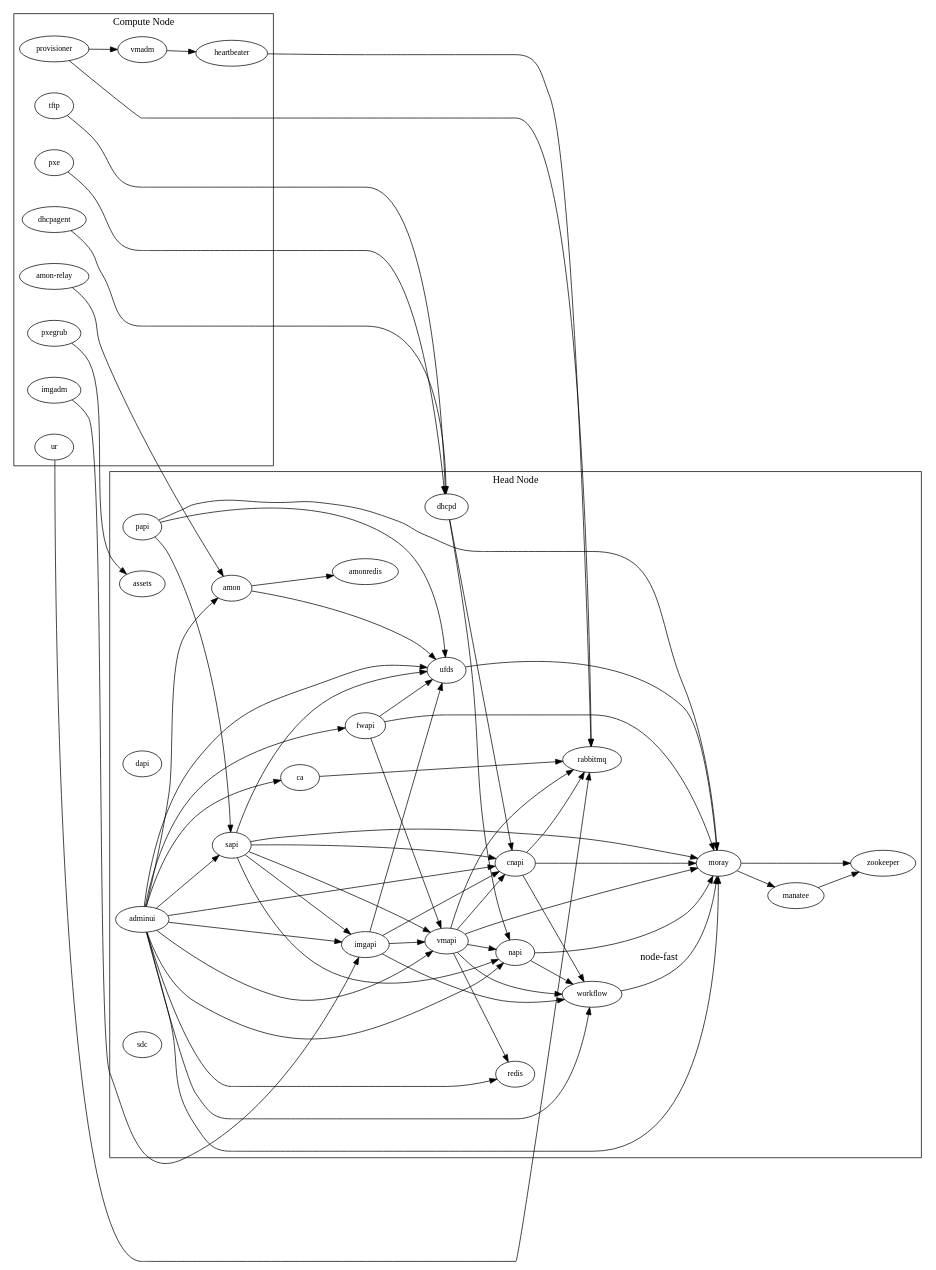
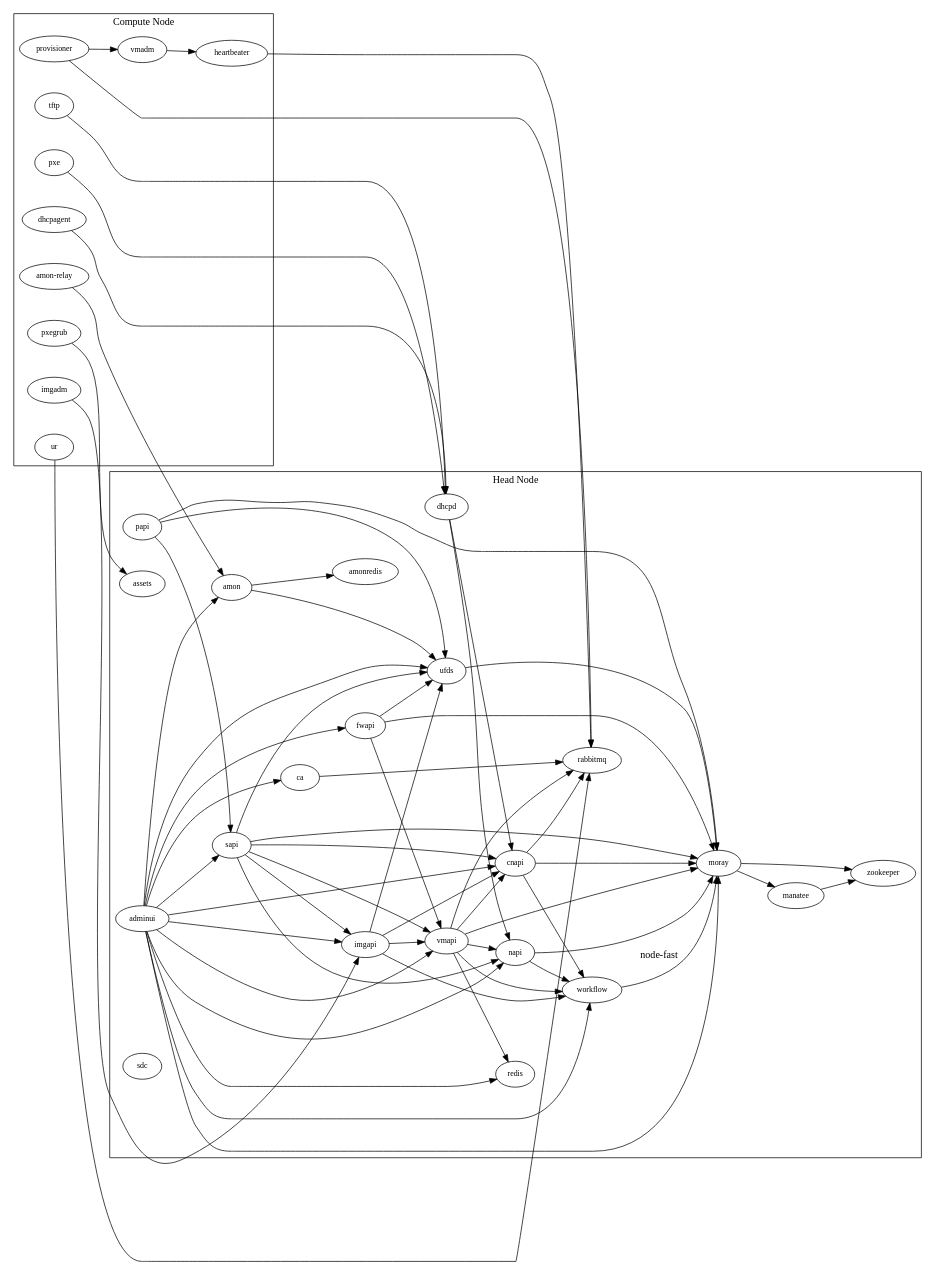
The diagram in docs/sdc7.gv (TritonDataCenter/sdc-sdc), drawn with Graphviz before and after one commit. The commit also changed 8 other files, not shown here.

```diff
--- a/docs/sdc7.gv
+++ b/docs/sdc7.gv
@@ -1,84 +1,83 @@
 digraph {
     rankdir="LR";
     compound=true;
     splines=true;
     sep="+25,25";
     overlap=scalexy;
     nodesep=0.6;
     node [fontsize=11];
     subgraph cluster_0 {
         rank="same";
         label="Head Node";
         adminui -> amon;
         adminui -> ca;
         adminui -> cnapi;
         adminui -> fwapi;
         adminui -> imgapi;
         adminui -> moray;
         adminui -> napi;
         adminui -> redis;
         adminui -> sapi;
         adminui -> ufds;
         adminui -> vmapi;
         adminui -> workflow;
         amon -> amonredis;
         amon -> ufds;
         assets;
         ca -> rabbitmq;
         cnapi -> moray;
         cnapi -> rabbitmq;
         cnapi -> workflow;
-        dapi;
         dhcpd -> cnapi;
         dhcpd -> napi;
         fwapi -> moray;
         fwapi -> ufds;
         fwapi -> vmapi;
         imgapi -> cnapi;
         imgapi -> workflow;
         imgapi -> ufds;
         imgapi -> vmapi;
         manatee -> zookeeper;
         moray -> manatee;
         moray -> zookeeper;
         napi -> moray;
         napi -> workflow;
         papi -> moray;
         papi -> sapi;
         papi -> ufds;
         rabbitmq;
         redis;
         sapi -> cnapi;
         sapi -> imgapi;
         sapi -> moray;
         sapi -> napi;
         sapi -> ufds;
         sapi -> vmapi;
         sdc;
         ufds -> moray;
         vmapi -> cnapi;
         vmapi -> moray;
         vmapi -> napi;
         vmapi -> rabbitmq;
         vmapi -> redis;
         vmapi -> workflow;
         workflow -> moray [label="node-fast"];
         zookeeper;
     }
     subgraph cluster_1 {
         rank="same";
         label="Compute Node";
         "amon-relay" -> amon;
         dhcpagent -> dhcpd;
         heartbeater -> rabbitmq;
         vmadm -> heartbeater;
         imgadm -> imgapi;
         provisioner -> rabbitmq;
         provisioner -> vmadm;
         pxe -> dhcpd;
         pxegrub -> assets;
         tftp -> dhcpd;
         ur -> rabbitmq;
         vmadm;
     }
 }
```
